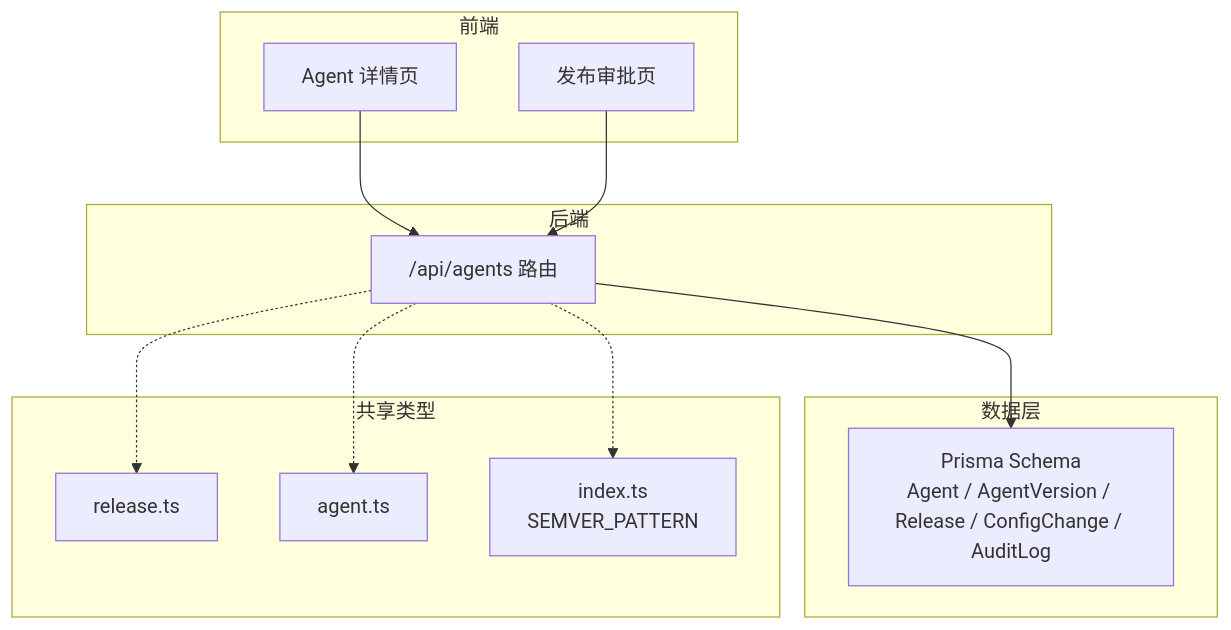
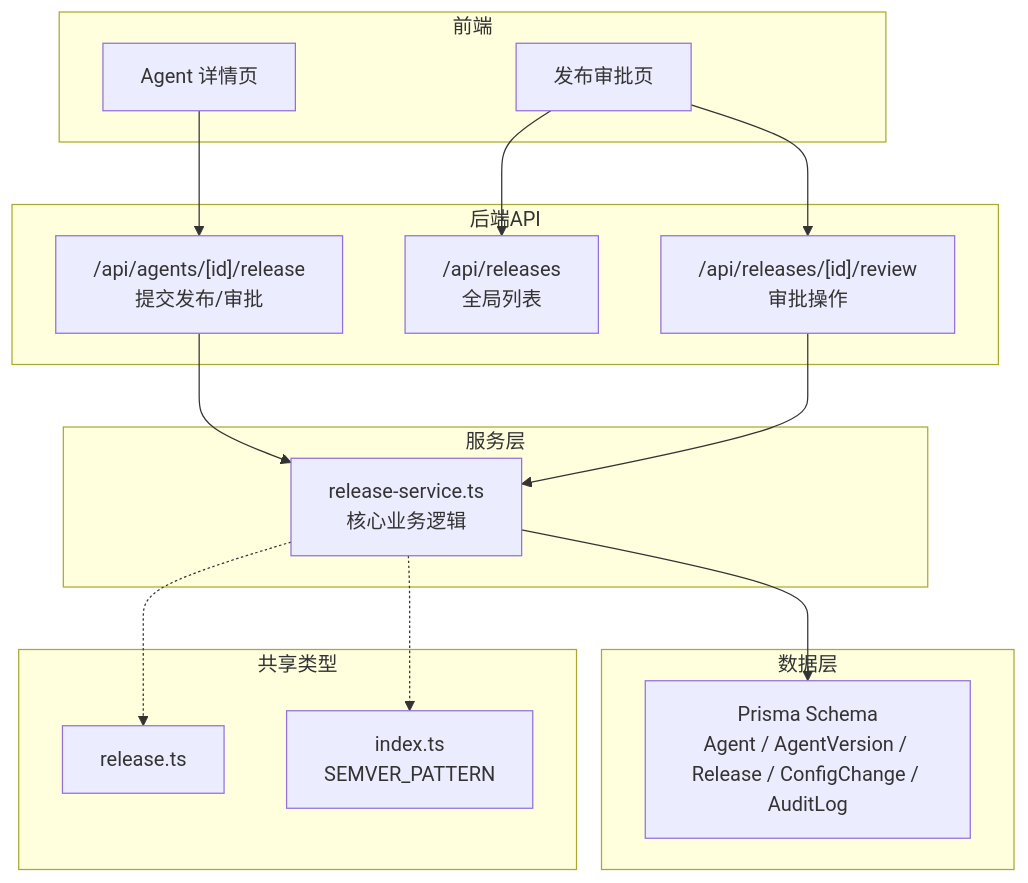
One commit to ai-guru-global/agent-up changed the first of 6 diagrams in .qoder/repowiki/zh/content/功能模块/版本控制.md. Above: the diagram before and after it, drawn with Mermaid. The commit also changed other lines of this file and 57 other files, not shown here.

````diff
--- a/.qoder/repowiki/zh/content/功能模块/版本控制.md
+++ b/.qoder/repowiki/zh/content/功能模块/版本控制.md
@@ -43,24 +53,30 @@
 ```mermaid
 graph TB
 subgraph "前端"
 UI_Agent["Agent 详情页"]
 UI_Release["发布审批页"]
 end
-subgraph "后端"
-API_Route["/api/agents 路由"]
+subgraph "后端API"
+API_Release["/api/agents/[id]/release<br/>提交发布/审批"]
+API_Releases["/api/releases<br/>全局列表"]
+API_Review["/api/releases/[id]/review<br/>审批操作"]
+end
+subgraph "服务层"
+Service_Release["release-service.ts<br/>核心业务逻辑"]
 end
 subgraph "数据层"
 DB_Schema["Prisma Schema<br/>Agent / AgentVersion / Release / ConfigChange / AuditLog"]
 end
 subgraph "共享类型"
 Types_Release["release.ts"]
-Types_Agent["agent.ts"]
 Types_Index["index.ts<br/>SEMVER_PATTERN"]
 end
-UI_Agent --> API_Route
-UI_Release --> API_Route
-API_Route --> DB_Schema
-API_Route -.-> Types_Release
-API_Route -.-> Types_Agent
-API_Route -.-> Types_Index
+UI_Agent --> API_Release
+UI_Release --> API_Releases
+UI_Release --> API_Review
+API_Release --> Service_Release
+API_Review --> Service_Release
+Service_Release --> DB_Schema
+Service_Release -.-> Types_Release
+Service_Release -.-> Types_Index
 ```
````
